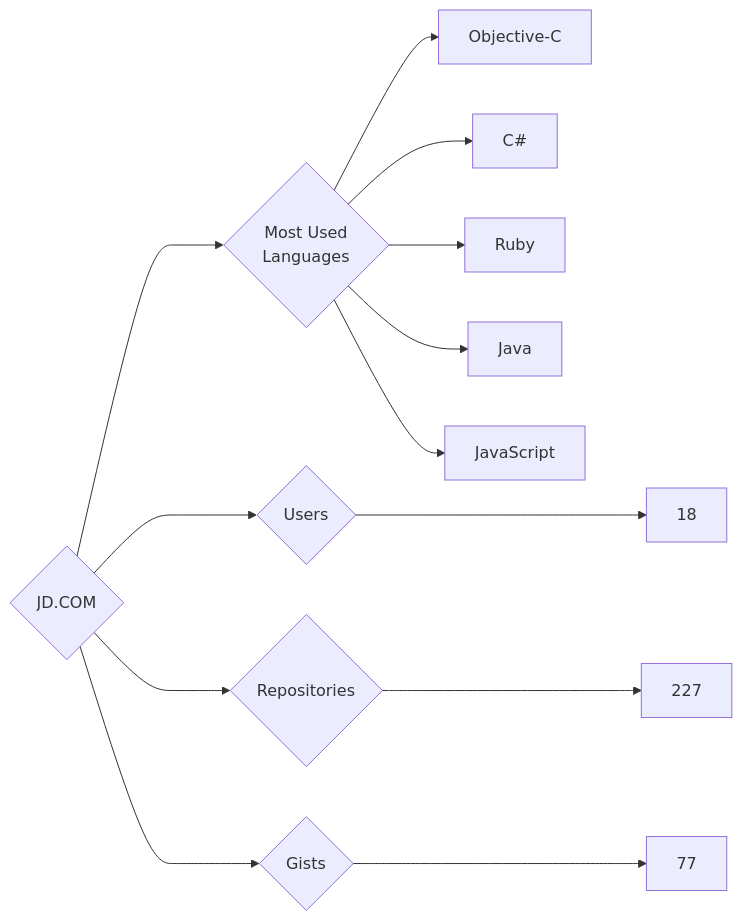
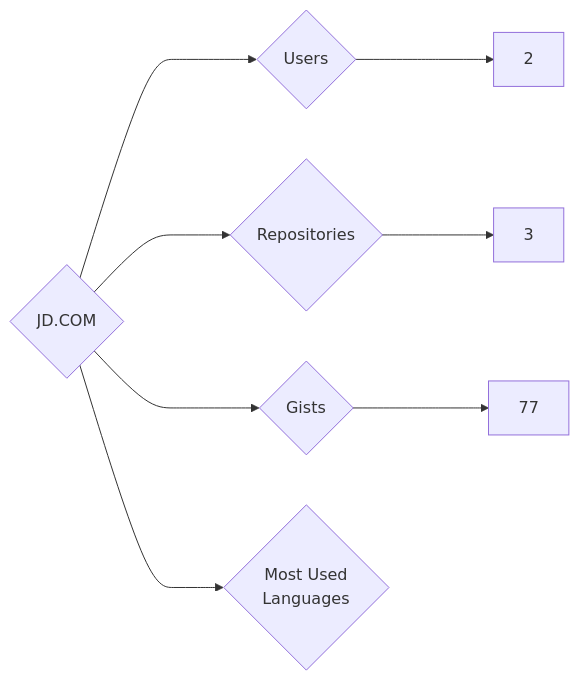
The diagram in targets/JD.COM/README.md (trickest/insiders), drawn with Mermaid before and after one commit. The commit also changed 976 other files, not shown here.

````diff
--- a/targets/JD.COM/README.md
+++ b/targets/JD.COM/README.md
@@ -3,13 +3,8 @@
 ```mermaid
 graph LR
 COMPANY_NAME{JD.COM}
-COMPANY_NAME ---> U{Users} ---> UN[18]
-COMPANY_NAME ---> R{Repositories} ---> RN[227]
+COMPANY_NAME ---> U{Users} ---> UN[2]
+COMPANY_NAME ---> R{Repositories} ---> RN[3]
 COMPANY_NAME ---> G{Gists} ---> GN[77]
 COMPANY_NAME ---> ML{Most Used<br>Languages}
-ML --> Objective-C[Objective-C]
-ML --> C#[C#]
-ML --> Ruby[Ruby]
-ML --> Java[Java]
-ML --> JavaScript[JavaScript]
 ```
````
